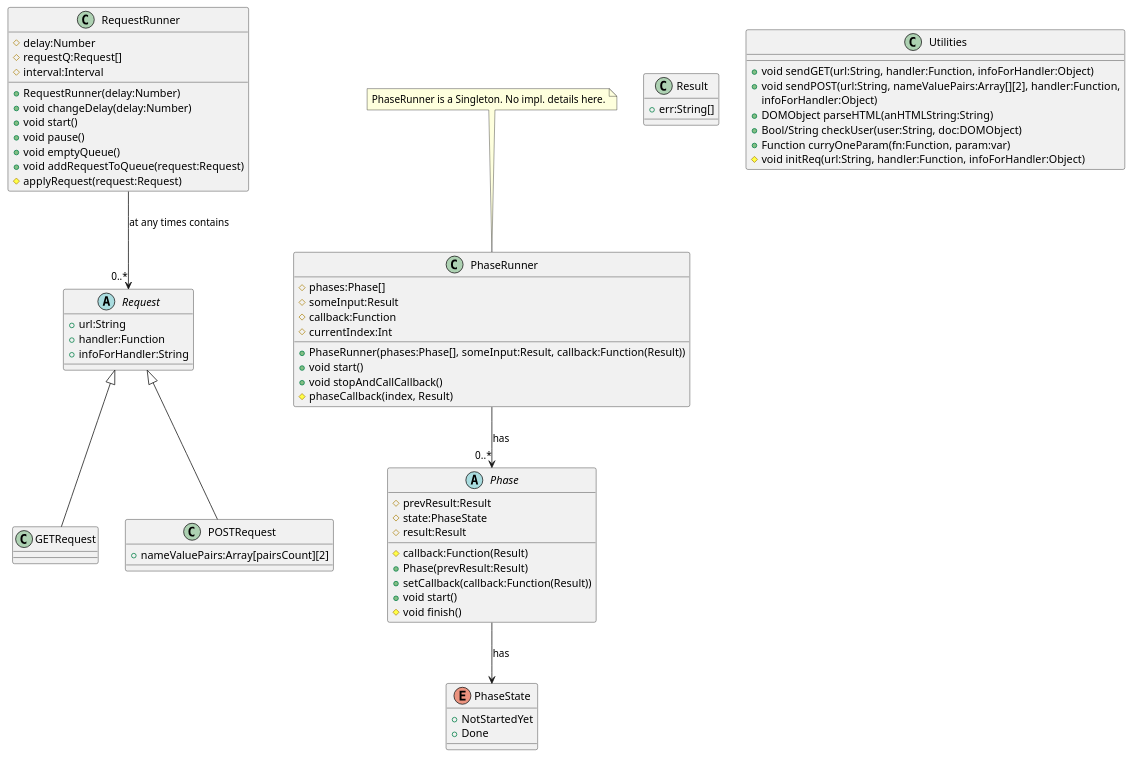
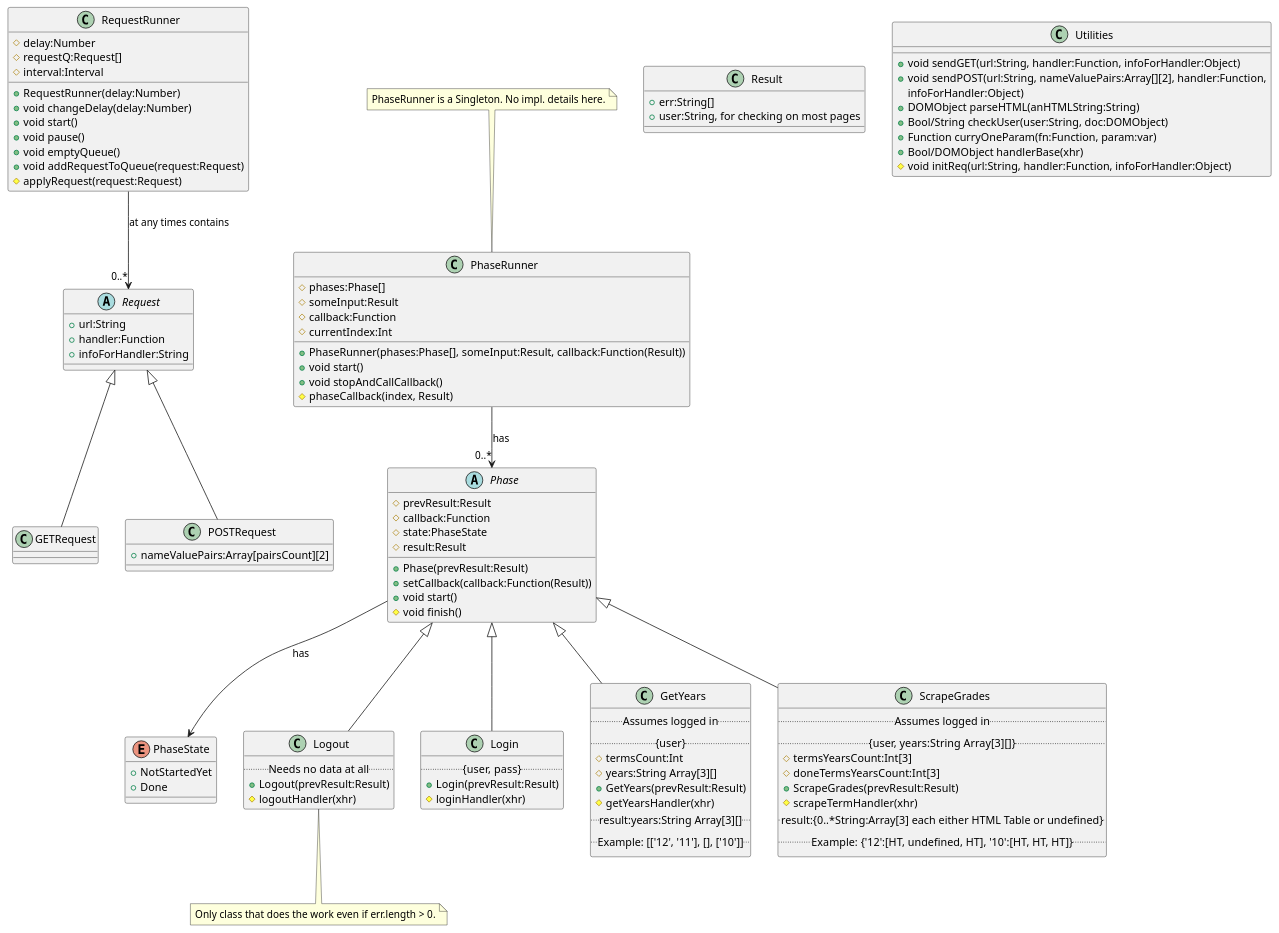
One commit to hossameldeen/gpa-fcicu changed the diagram in class-diagram.puml. Above: the diagram before and after it, drawn with PlantUML. The commit also changed 5 other files, not shown here.

Commit message:
Design should be done. Let's try it

```diff
--- a/class-diagram.puml
+++ b/class-diagram.puml
@@ -5,68 +5,106 @@
 @startuml
   Request <|-- GETRequest
   Request <|-- POSTRequest
   RequestRunner --> "0..*" Request : at any times contains
   PhaseRunner --> "0..*" Phase : has
   Phase --> PhaseState : has
+  Phase <|-- Logout
+  Phase <|-- Login
+  Phase <|-- GetYears
+  Phase <|-- ScrapeGrades
   abstract class Request {
     +url:String
     +handler:Function
     +infoForHandler:String
   }
   class GETRequest {
   }
   class POSTRequest {
     +nameValuePairs:Array[pairsCount][2]
   }
   class RequestRunner {
     #delay:Number
     #requestQ:Request[]
     #interval:Interval
     +RequestRunner(delay:Number)
     +void changeDelay(delay:Number)
     +void start()
     +void pause()
     +void emptyQueue()
     +void addRequestToQueue(request:Request)
     #applyRequest(request:Request)
   }
   abstract class Phase {
     #prevResult:Result
-    #callback:Function(Result)
+' Should be Function(Result) but PlantUML would consider it a function
+    #callback:Function
     #state:PhaseState
     #result:Result
     +Phase(prevResult:Result)
     +setCallback(callback:Function(Result))
     +void start()
     #void finish()
+  }
+  class Logout {
+    ..Needs no data at all..
+    +Logout(prevResult:Result)
+    #logoutHandler(xhr)
+  }
+  note bottom of Logout : Only class that does the work even if err.length > 0.
+  class Login {
+    ..{user, pass}..
+    +Login(prevResult:Result)
+    #loginHandler(xhr)
+  }
+  class GetYears {
+    ..Assumes logged in..
+    ..{user}..
+    #termsCount:Int
+    #years:String Array[3][]
+    +GetYears(prevResult:Result)
+    #getYearsHandler(xhr)
+    ..result:years:String Array[3][]..
+    ..Example: [['12', '11'], [], ['10']]..
+  }
+  class ScrapeGrades {
+    ..Assumes logged in..
+    ..{user, years:String Array[3][]}..
+    #termsYearsCount:Int[3]
+    #doneTermsYearsCount:Int[3]
+    +ScrapeGrades(prevResult:Result)
+    #scrapeTermHandler(xhr)
+    ..result:{0..*String:Array[3] each either HTML Table or undefined}..
+    ..Example: {'12':[HT, undefined, HT], '10':[HT, HT, HT]}..
   }
   enum PhaseState {
     +NotStartedYet
     +Done
   }
   class PhaseRunner {
     #phases:Phase[]
     #someInput:Result
 ' Should be Function(Result) but PlantUML would consider it a function
     #callback:Function
     #currentIndex:Int
     +PhaseRunner(phases:Phase[], someInput:Result, callback:Function(Result))
     +void start()
     +void stopAndCallCallback()
 ' Will be curried with index
     #phaseCallback(index, Result)
   }
   note top of PhaseRunner : PhaseRunner is a Singleton. No impl. details here.
   class Result {
     +err:String[]
+    +user:String, for checking on most pages
   }
   class Utilities {
     +void sendGET(url:String, handler:Function, infoForHandler:Object)
     +void sendPOST(url:String, nameValuePairs:Array[][2], handler:Function,
               infoForHandler:Object)
     +DOMObject parseHTML(anHTMLString:String)
     +Bool/String checkUser(user:String, doc:DOMObject)
     +Function curryOneParam(fn:Function, param:var)
+    +Bool/DOMObject handlerBase(xhr)
     #void initReq(url:String, handler:Function, infoForHandler:Object)
   }
 @enduml
```
